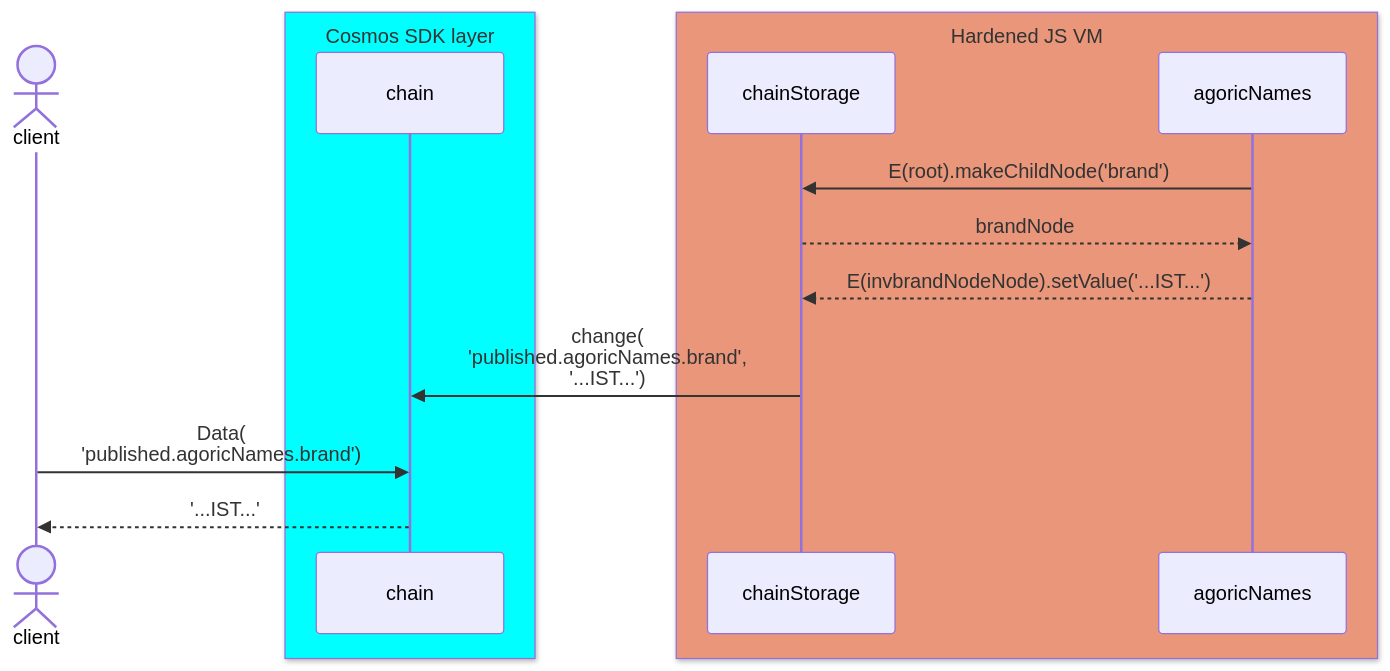
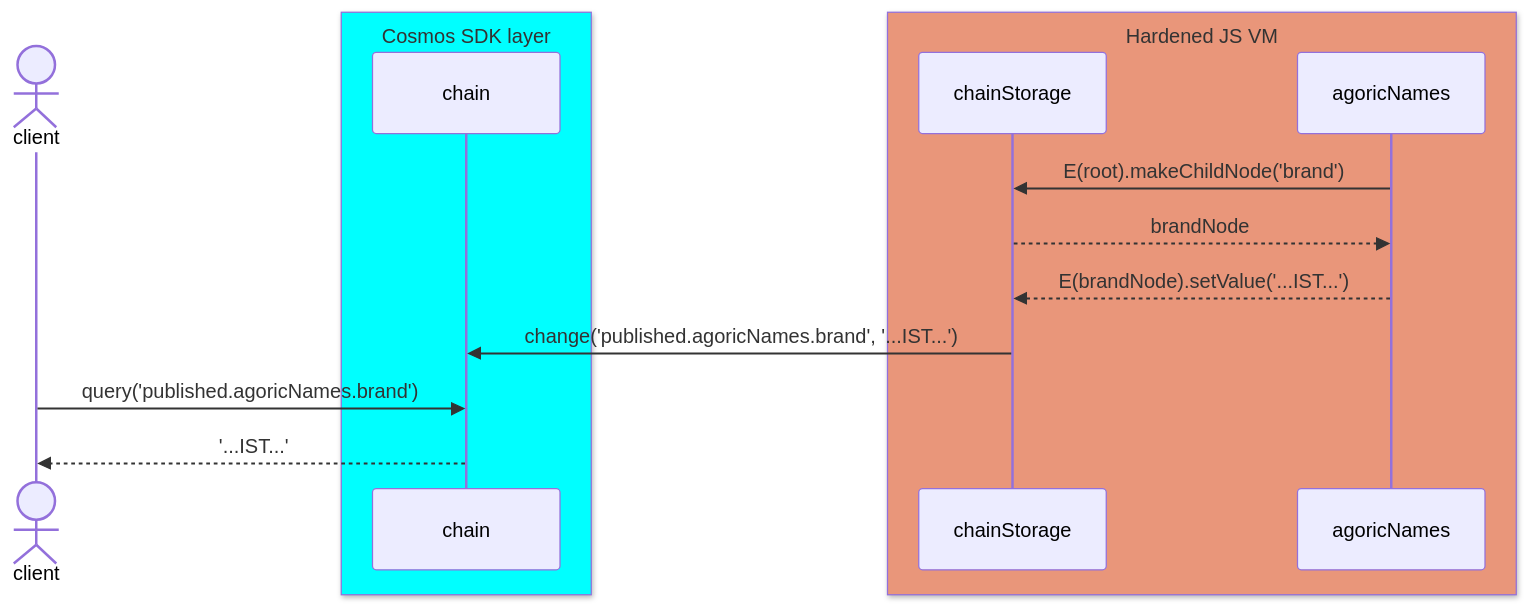
The diagram in main/guides/getting-started/assets/vstorage-brand-q.mmd (Agoric/documentation), drawn with Mermaid before and after one commit. The commit also changed 1 other file, not shown here.

Commit message:
fix(getting-started): Correct typo in vstorage sequence diagram
Fixes #853

```diff
--- a/main/guides/getting-started/assets/vstorage-brand-q.mmd
+++ b/main/guides/getting-started/assets/vstorage-brand-q.mmd
@@ -1,18 +1,18 @@
 sequenceDiagram
   actor client
 
   box aqua Cosmos SDK layer
   participant chain
   end
 
   box darksalmon Hardened JS VM
   participant chainStorage
   participant agoricNames
   end
 
     agoricNames->>chainStorage: E(root).makeChildNode('brand')
     chainStorage-->>agoricNames: brandNode
-    agoricNames-->>chainStorage: E(invbrandNodeNode).setValue('...IST...')
-    chainStorage->>chain: change(<br>'published.agoricNames.brand',<br> '...IST...')
-    client->>chain: Data(<br>'published.agoricNames.brand')
+    agoricNames-->>chainStorage: E(brandNode).setValue('...IST...')
+    chainStorage->>chain: change('published.agoricNames.brand', '...IST...')
+    client->>chain: query('published.agoricNames.brand')
     chain-->>client: '...IST...'
```
